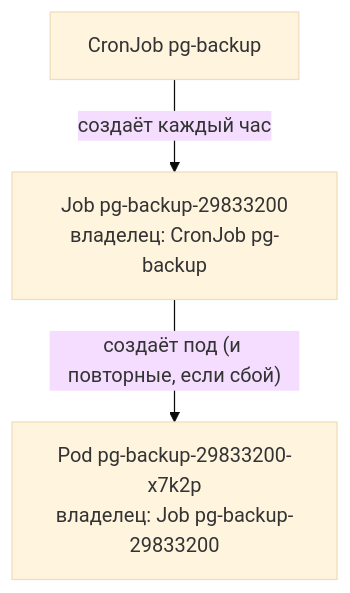
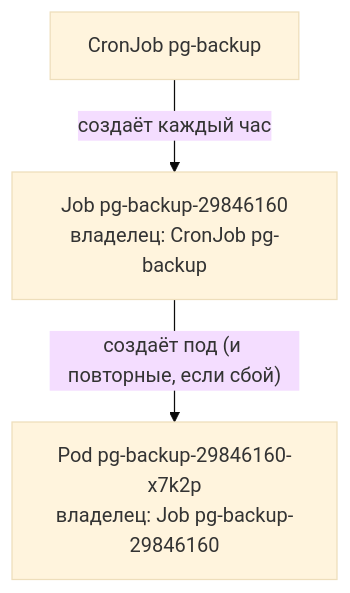
The third of 3 diagrams in devops/05-kubernetes/08-jobs-cronjob-daemonset.md (distinguished-sre/learning), drawn with Mermaid (base theme) before and after one commit. The commit also changed other lines of this file and 462 other files, not shown here.

````diff
--- a/devops/05-kubernetes/08-jobs-cronjob-daemonset.md
+++ b/devops/05-kubernetes/08-jobs-cronjob-daemonset.md
@@ -444,5 +368,5 @@
 ```mermaid
 flowchart TD
-    C["CronJob pg-backup"] -->|"создаёт каждый час"| J["Job pg-backup-29833200<br>владелец: CronJob pg-backup"]
-    J -->|"создаёт под (и повторные, если сбой)"| P["Pod pg-backup-29833200-x7k2p<br>владелец: Job pg-backup-29833200"]
+    C["CronJob pg-backup"] -->|"создаёт каждый час"| J["Job pg-backup-29846160<br>владелец: CronJob pg-backup"]
+    J -->|"создаёт под (и повторные, если сбой)"| P["Pod pg-backup-29846160-x7k2p<br>владелец: Job pg-backup-29846160"]
 ```
````
